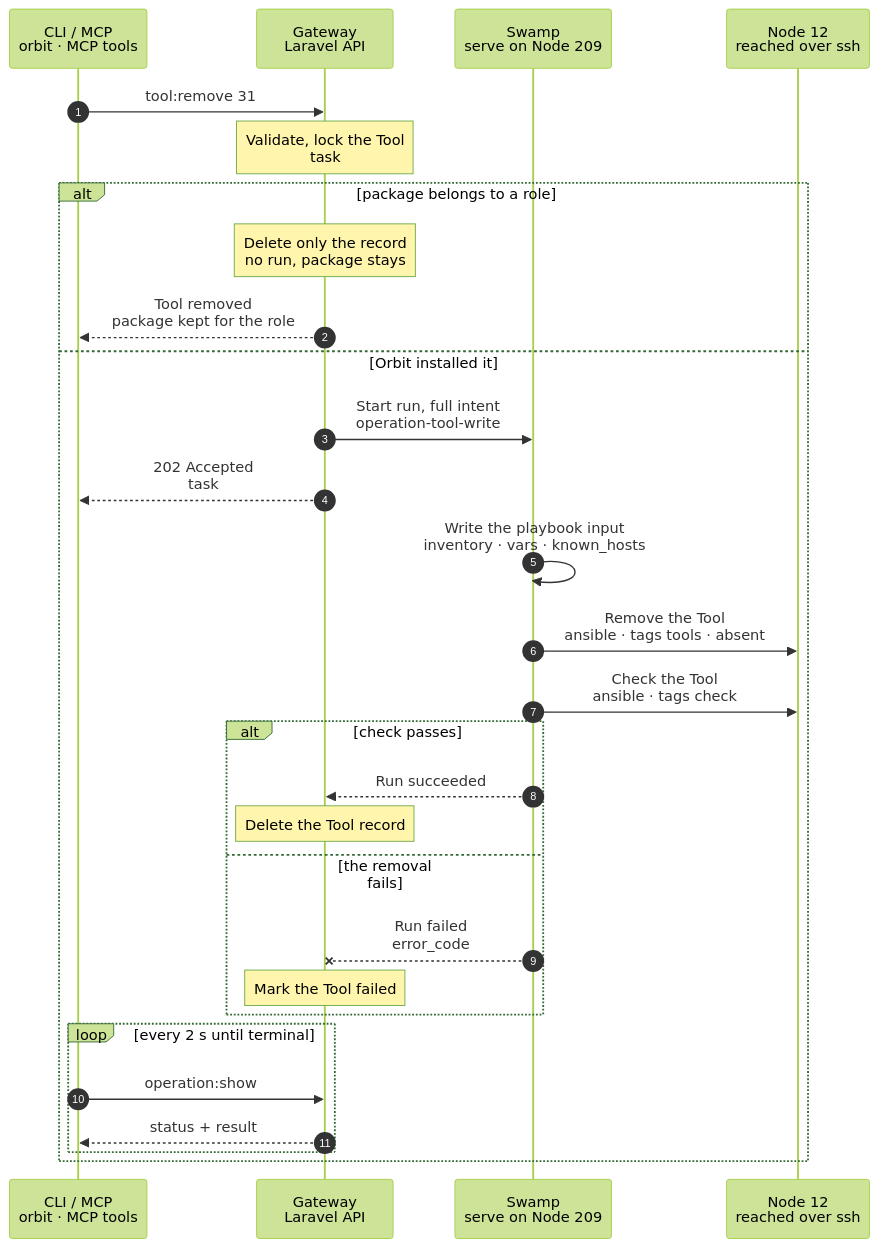
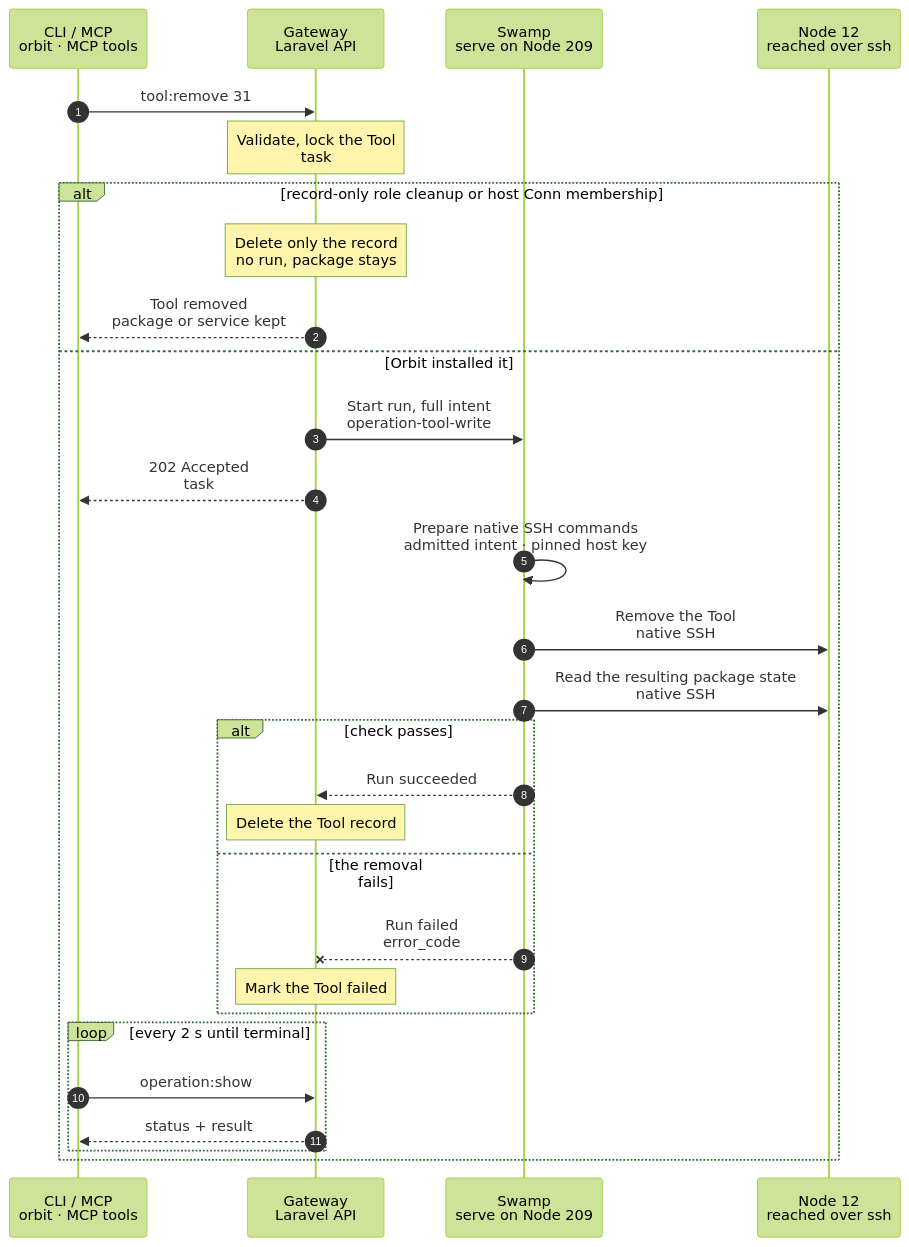
Before and after one commit to hardimpactdev/orbit: the diagram in docs/cli/tool/remove.mmd, drawn with Mermaid (forest theme). The commit also changed 58 other files, not shown here.

Commit message:
Repair Tool convergence, Doctor, and protected Conn membership

```diff
--- a/docs/cli/tool/remove.mmd
+++ b/docs/cli/tool/remove.mmd
@@ -1,47 +1,48 @@
 sequenceDiagram
-  %% Target design: fleet maintenance redesign 2026-11-03 (one Tools phase shared with node:converge). DECISIONS R1 (record-only change starts no run). docs/reference/tools.md#remove-a-tool.
+  %% docs/reference/tools.md#remove-a-tool. R1: a record-only change starts no run.
   %% status: draft
   %% command: tool:remove
   %% kind: tool.remove
   autonumber
   %% lane CLI icon=terminal pill=caller tone=gray
   %% lane GW icon=gateway pill=intent tone=blue
   %% lane SW icon=workflow pill=executes tone=green
   %% lane N icon=server pill=target tone=amber
   participant CLI as CLI / MCP<br/>orbit · MCP tools
   participant GW as Gateway<br/>Laravel API
   participant SW as Swamp<br/>serve on Node 209
   participant N as Node 12<br/>reached over ssh
   CLI->>GW: tool:remove 31
   %%> Command:
   %%> - `orbit tool:remove 31 --yes`
   %%> - syntax: `<tool> [--yes] [--idempotency-key=KEY] [--json]`
   Note over GW: Validate, lock the Tool<br/>task #5135 · ripgrep on Node 12
-  alt package belongs to a role
+  alt record-only role cleanup or host Conn membership
     Note over GW: Delete only the record<br/>no run, package stays
     %%> Why:
     %%> - the recipe owns the package; removing it would break the role
-    GW-->>CLI: Tool removed<br/>package kept for the role
+    %%> - withdrawing a host Conn membership leaves the service running and excludes it from future release rollouts
+    GW-->>CLI: Tool removed<br/>package or service kept
   else Orbit installed it
     GW->>SW: Start run, full intent<br/>operation-tool-write
     GW-->>CLI: 202 Accepted<br/>task #5135
-    SW->>SW: Write the playbook input<br/>inventory · vars · known_hosts
-    SW->>N: Remove the Tool<br/>ansible · tags tools · absent
-    %%> Why the converge phase:
-    %%> - the same phase with this Tool marked absent; it removes the apt source too when no other Tool uses it
+    SW->>SW: Prepare native SSH commands<br/>admitted intent · pinned host key
+    SW->>N: Remove the Tool<br/>native SSH
+    %%> Scope:
+    %%> - remove the apt source when no membership needs it; otherwise repin only the remaining packages
     %%> - a removal that would also remove a held recipe package is refused
-    SW->>N: Check the Tool<br/>ansible · tags check
+    SW->>N: Read the resulting package state<br/>native SSH
     alt check passes
       SW-->>GW: Run succeeded
       Note over GW: Delete the Tool record
     else the removal fails
       SW--xGW: Run failed<br/>error_code
       Note over GW: Mark the Tool failed
       %%> Retry:
       %%> - run the same command again after a fix
     end
     loop every 2 s until terminal
       CLI->>GW: operation:show #5135
       GW-->>CLI: status + result
     end
   end
```
